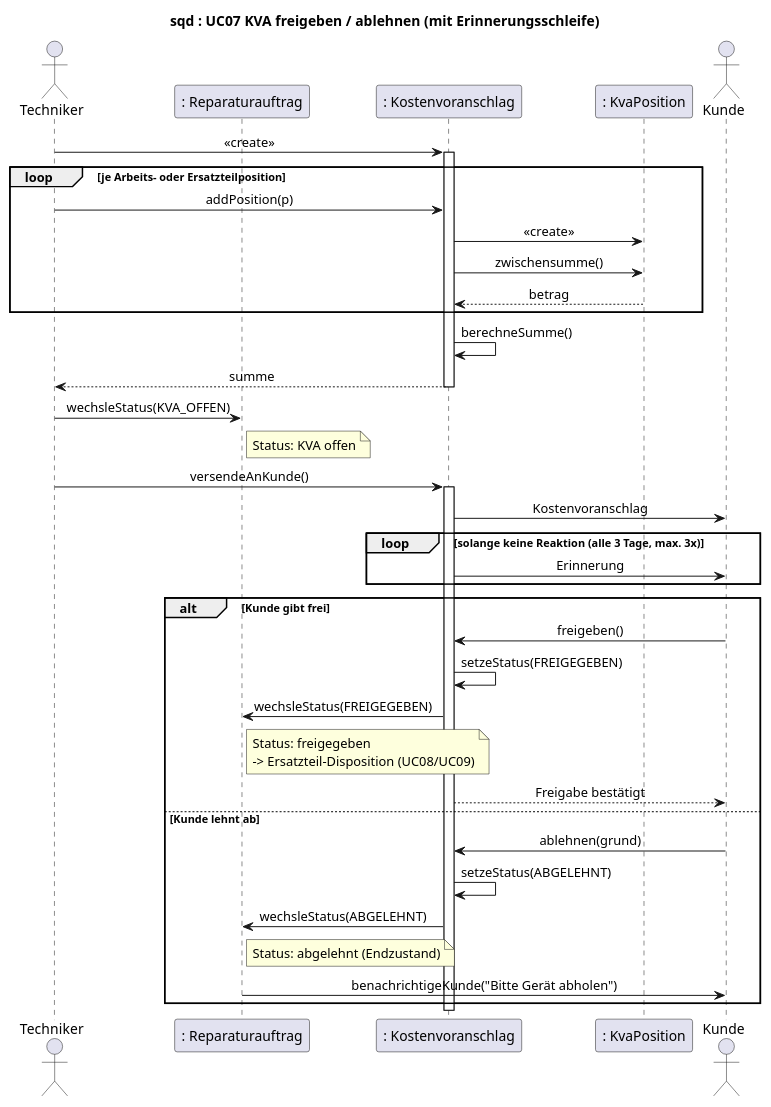
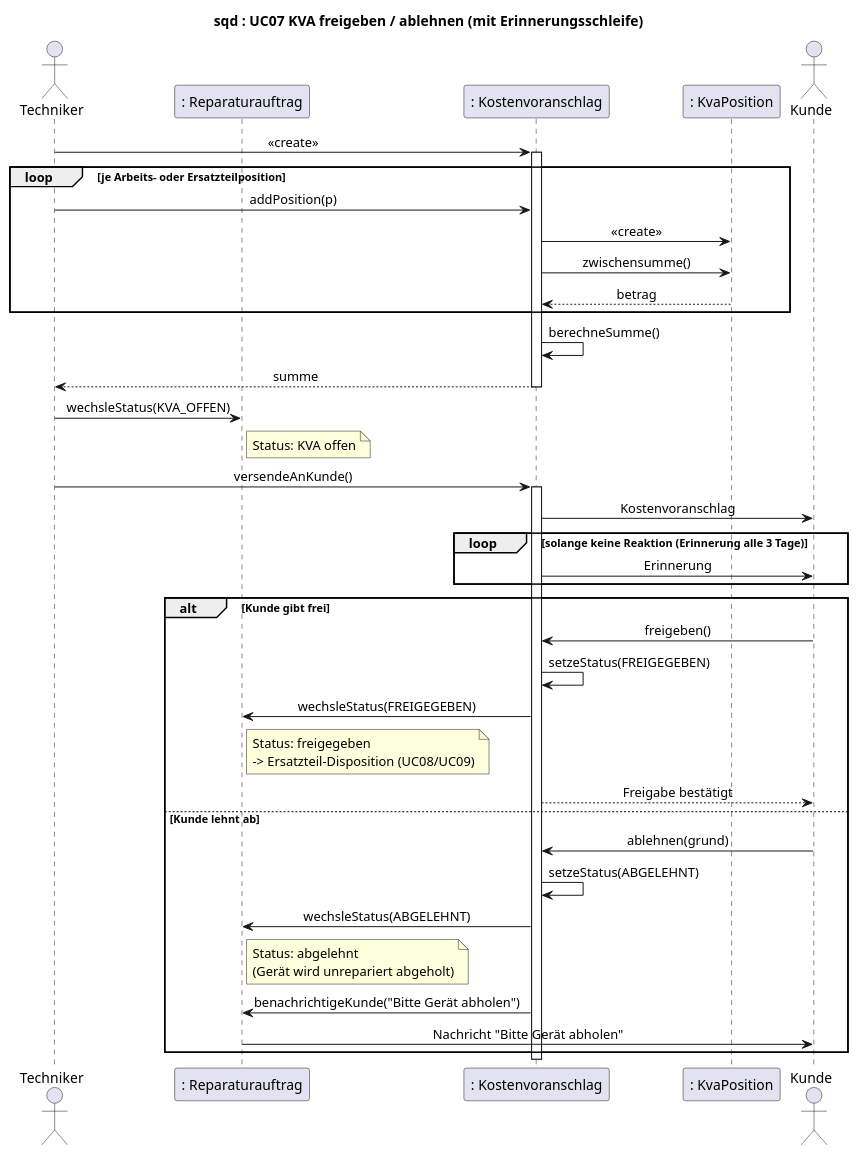
Before and after one commit to jakobschwan123-cmd/casestudy-semester-3: the diagram in uml/sequenz-02-kva-freigabe.puml, drawn with PlantUML. The commit also changed 72 other files, not shown here.

```diff
--- a/uml/sequenz-02-kva-freigabe.puml
+++ b/uml/sequenz-02-kva-freigabe.puml
@@ -1,45 +1,46 @@
 @startuml
 title sqd : UC07 KVA freigeben / ablehnen (mit Erinnerungsschleife)
 skinparam defaultFontName Arial
 skinparam sequenceMessageAlign center
 actor Techniker
 participant ": Reparaturauftrag" as RA
 participant ": Kostenvoranschlag" as KVA
 participant ": KvaPosition" as POS
 actor Kunde
 
 Techniker -> KVA : <<create>>
 activate KVA
 loop je Arbeits- oder Ersatzteilposition
     Techniker -> KVA : addPosition(p)
     KVA -> POS : <<create>>
     KVA -> POS : zwischensumme()
     POS --> KVA : betrag
 end
 KVA -> KVA : berechneSumme()
 KVA --> Techniker : summe
 deactivate KVA
 
 Techniker -> RA : wechsleStatus(KVA_OFFEN)
 note right of RA : Status: KVA offen
 Techniker -> KVA : versendeAnKunde()
 activate KVA
 KVA -> Kunde : Kostenvoranschlag
-loop solange keine Reaktion (alle 3 Tage, max. 3x)
+loop solange keine Reaktion (Erinnerung alle 3 Tage)
     KVA -> Kunde : Erinnerung
 end
 alt Kunde gibt frei
     Kunde -> KVA : freigeben()
     KVA -> KVA : setzeStatus(FREIGEGEBEN)
     KVA -> RA : wechsleStatus(FREIGEGEBEN)
     note right of RA : Status: freigegeben\n-> Ersatzteil-Disposition (UC08/UC09)
     KVA --> Kunde : Freigabe bestätigt
 else Kunde lehnt ab
     Kunde -> KVA : ablehnen(grund)
     KVA -> KVA : setzeStatus(ABGELEHNT)
     KVA -> RA : wechsleStatus(ABGELEHNT)
-    note right of RA : Status: abgelehnt (Endzustand)
-    RA -> Kunde : benachrichtigeKunde("Bitte Gerät abholen")
+    note right of RA : Status: abgelehnt\n(Gerät wird unrepariert abgeholt)
+    KVA -> RA : benachrichtigeKunde("Bitte Gerät abholen")
+    RA -> Kunde : Nachricht "Bitte Gerät abholen"
 end
 deactivate KVA
 @enduml
```
